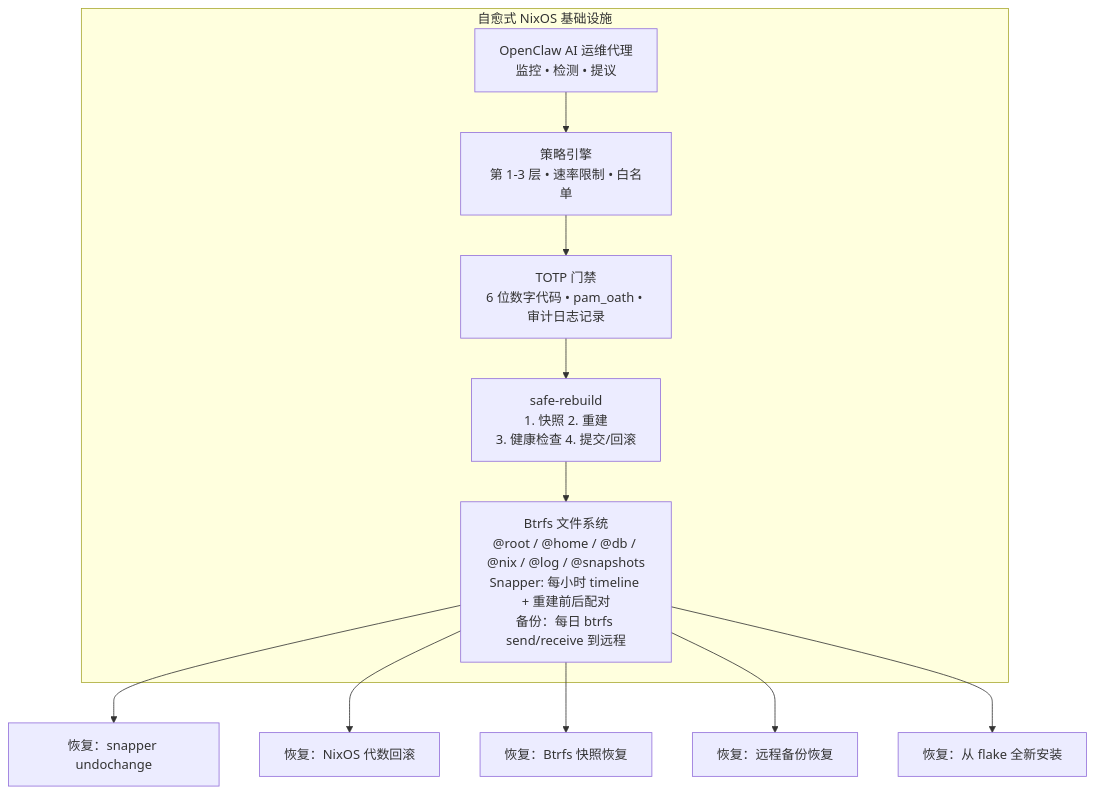
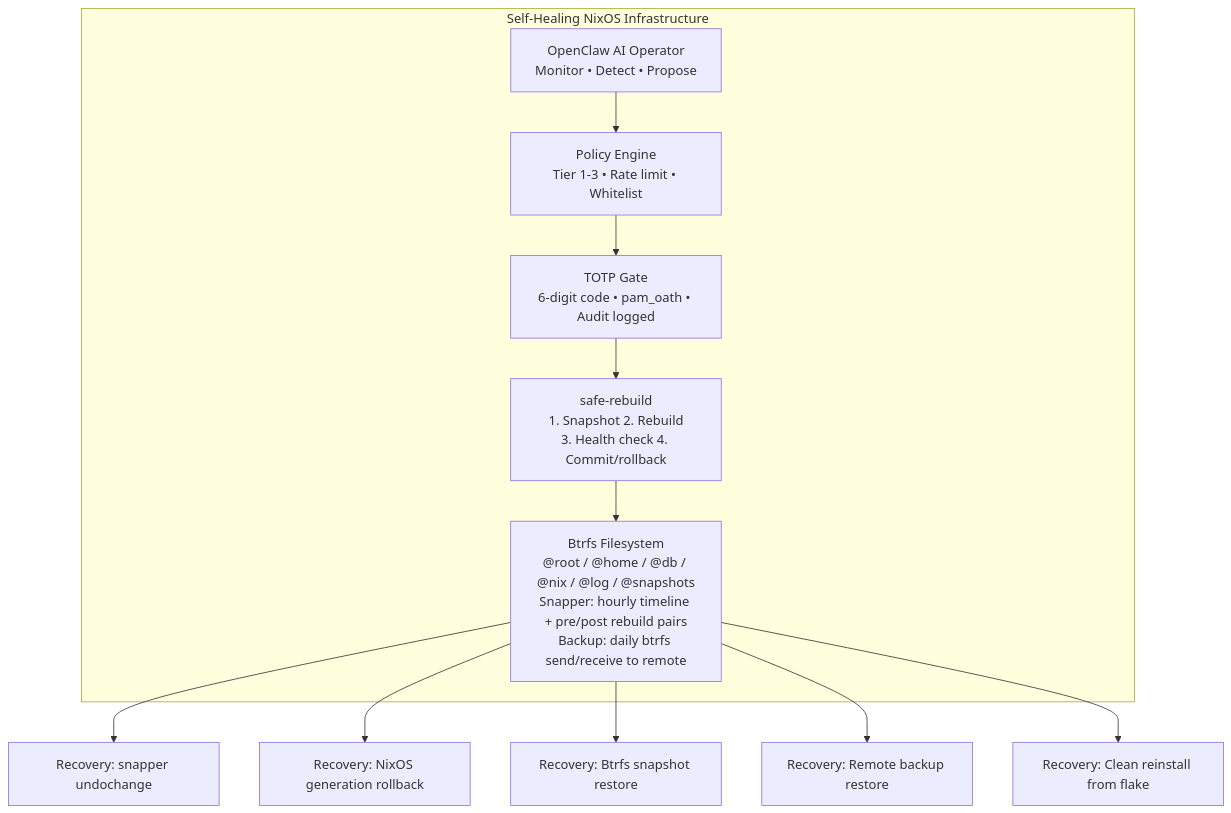
One commit to stars-labs/self-healing-nixos-infra changed the second of 2 diagrams in i18n/zh/docusaurus-plugin-content-docs/current/09-ai-safety-and-rollback.md. Above: the diagram before and after it, drawn with Mermaid. The commit also changed other lines of this file and 15 other files, not shown here.

First line of the commit message:
Fix Mermaid parse errors in Chinese docs

````diff
--- a/i18n/zh/docusaurus-plugin-content-docs/current/09-ai-safety-and-rollback.md
+++ b/i18n/zh/docusaurus-plugin-content-docs/current/09-ai-safety-and-rollback.md
@@ -380,15 +380,15 @@
 ```mermaid
 flowchart TB
-    subgraph Infra["自愈式 NixOS 基础设施"]
-        OC["OpenClaw AI 运维代理<br/>监控 • 检测 • 提议"] --> PE["策略引擎<br/>第 1-3 层 • 速率限制 • 白名单"]
-        PE --> TG["TOTP 门禁<br/>6 位数字代码 • pam_oath • 审计日志记录"]
-        TG --> SR["safe-rebuild<br/>1. 快照 2. 重建<br/>3. 健康检查 4. 提交/回滚"]
-        SR --> BF["Btrfs 文件系统<br/>@root / @home / @db / @nix / @log / @snapshots<br/>Snapper: 每小时 timeline + 重建前后配对<br/>备份：每日 btrfs send/receive 到远程"]
+    subgraph Infra["Self-Healing NixOS Infrastructure"]
+        OC["OpenClaw AI Operator<br/>Monitor • Detect • Propose"] --> PE["Policy Engine<br/>Tier 1-3 • Rate limit • Whitelist"]
+        PE --> TG["TOTP Gate<br/>6-digit code • pam_oath • Audit logged"]
+        TG --> SR["safe-rebuild<br/>1. Snapshot 2. Rebuild<br/>3. Health check 4. Commit/rollback"]
+        SR --> BF["Btrfs Filesystem<br/>@root / @home / @db / @nix / @log / @snapshots<br/>Snapper: hourly timeline + pre/post rebuild pairs<br/>Backup: daily btrfs send/receive to remote"]
     end
 
-    BF --> R1["恢复：snapper undochange"]
-    BF --> R2["恢复：NixOS 代数回滚"]
-    BF --> R3["恢复：Btrfs 快照恢复"]
-    BF --> R4["恢复：远程备份恢复"]
-    BF --> R5["恢复：从 flake 全新安装"]
+    BF --> R1["Recovery: snapper undochange"]
+    BF --> R2["Recovery: NixOS generation rollback"]
+    BF --> R3["Recovery: Btrfs snapshot restore"]
+    BF --> R4["Recovery: Remote backup restore"]
+    BF --> R5["Recovery: Clean reinstall from flake"]
 ```
````
